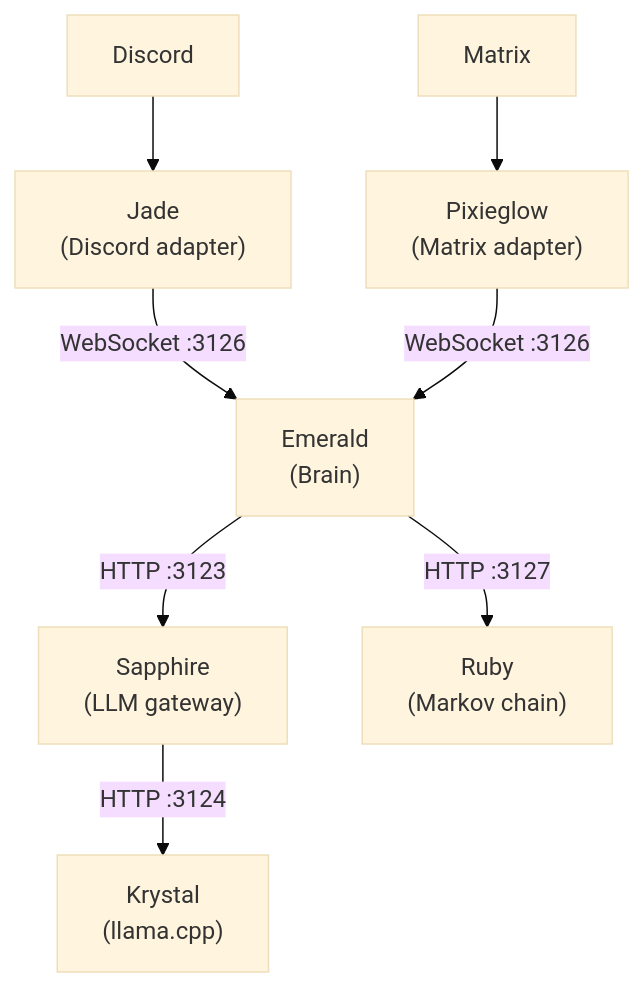
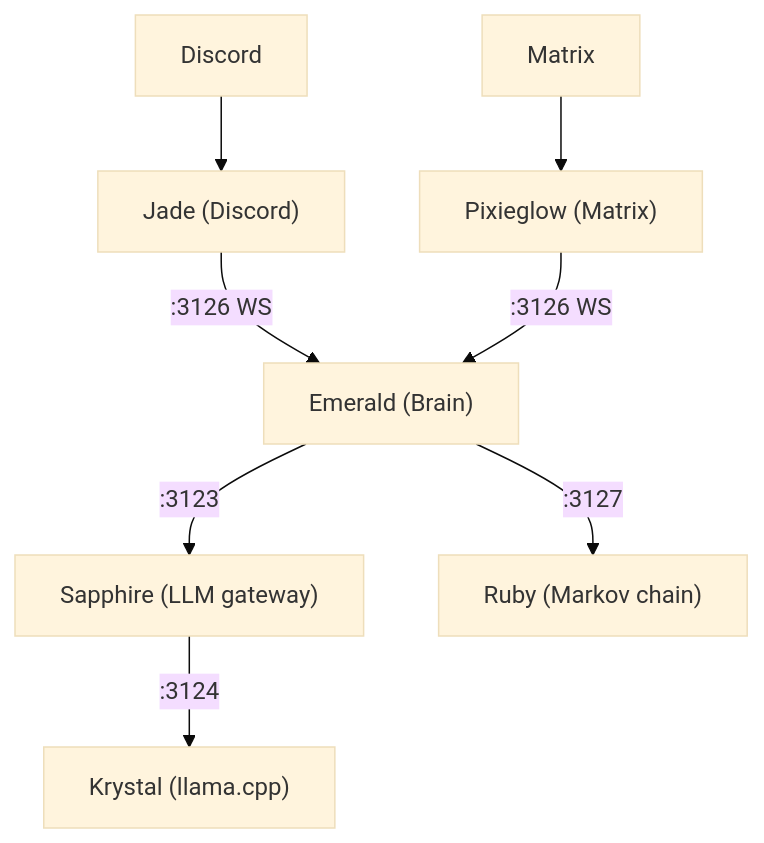
One commit to protocol-luna/.github changed the diagram in profile/README.md. Above: the diagram before and after it, drawn with Mermaid (base theme).

Commit message:
fix: replace graph+br with flowchart for Mermaid compat

````diff
--- a/profile/README.md
+++ b/profile/README.md
@@ -28,10 +28,19 @@
 ```mermaid
-graph TD
-    Discord["Discord"] --> Jade["Jade<br/>(Discord adapter)"]
-    Matrix["Matrix"] --> Pixieglow["Pixieglow<br/>(Matrix adapter)"]
-    Jade -- "WebSocket :3126" --> Emerald["Emerald<br/>(Brain)"]
-    Pixieglow -- "WebSocket :3126" --> Emerald
-    Emerald -- "HTTP :3123" --> Sapphire["Sapphire<br/>(LLM gateway)"]
-    Sapphire -- "HTTP :3124" --> Krystal["Krystal<br/>(llama.cpp)"]
-    Emerald -- "HTTP :3127" --> Ruby["Ruby<br/>(Markov chain)"]
+flowchart TD
+    Discord["Discord"]
+    Matrix["Matrix"]
+    Jade["Jade (Discord)"]
+    Pixieglow["Pixieglow (Matrix)"]
+    Emerald["Emerald (Brain)"]
+    Sapphire["Sapphire (LLM gateway)"]
+    Krystal["Krystal (llama.cpp)"]
+    Ruby["Ruby (Markov chain)"]
+
+    Discord --> Jade
+    Matrix --> Pixieglow
+    Jade -- ":3126 WS" --> Emerald
+    Pixieglow -- ":3126 WS" --> Emerald
+    Emerald -- ":3123" --> Sapphire
+    Sapphire -- ":3124" --> Krystal
+    Emerald -- ":3127" --> Ruby
 ```
````
